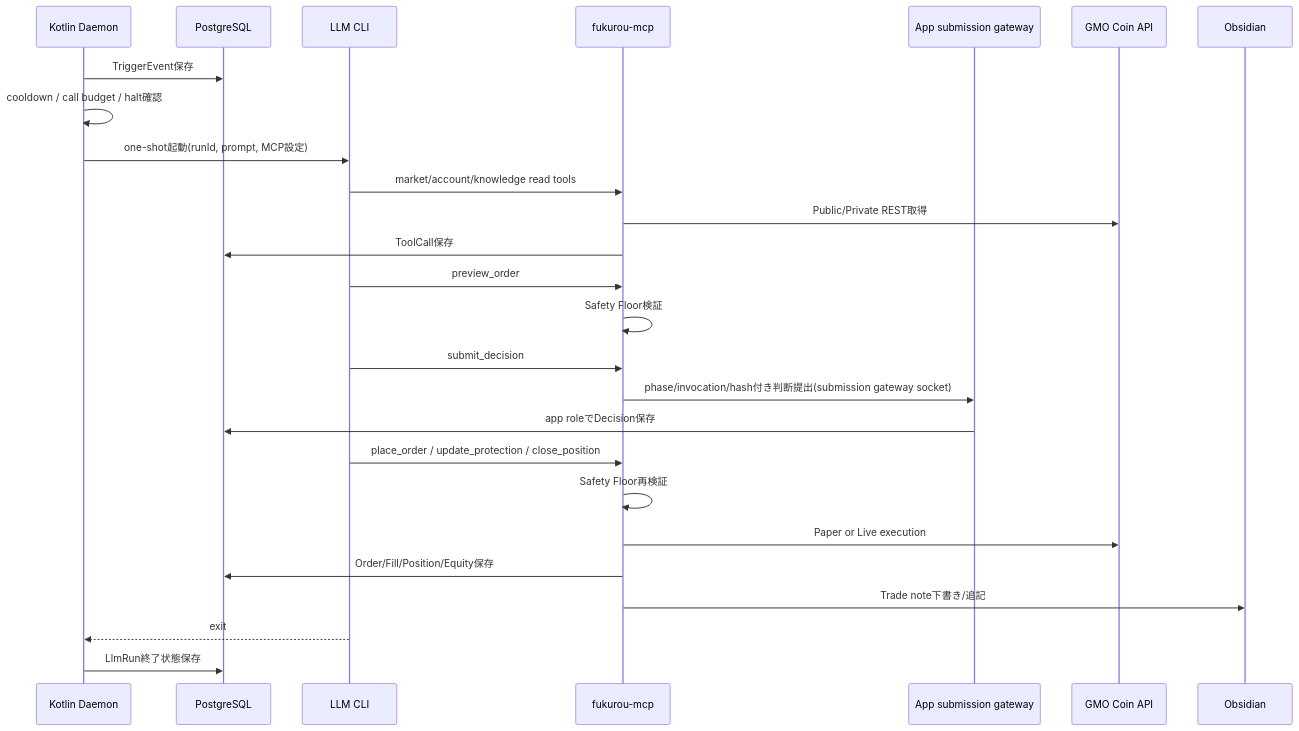
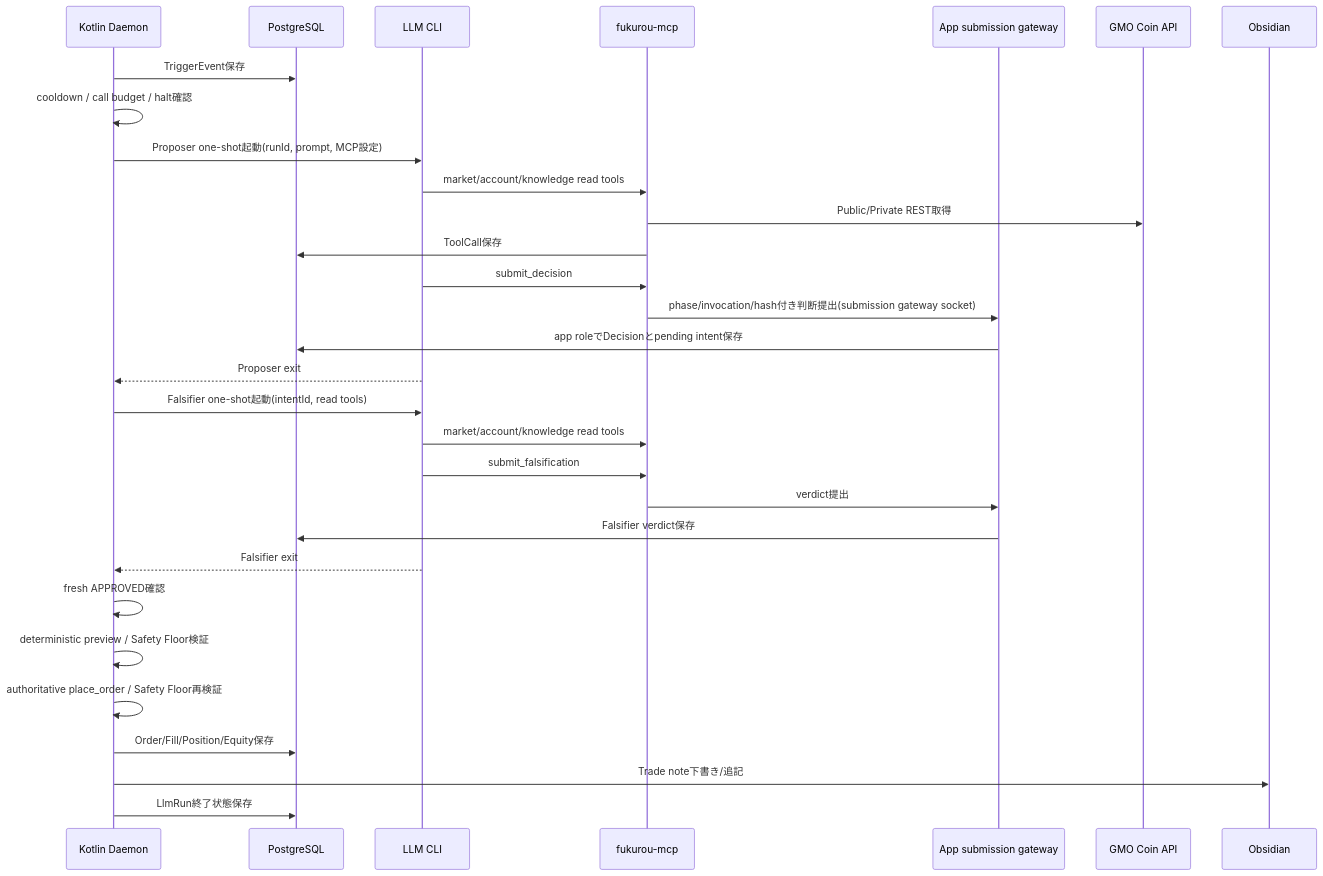
Before and after one commit to matsumo0922/fukurou: the second of 2 diagrams in docs/design.md, drawn with Mermaid. The commit also changed other lines of this file and 13 other files, not shown here.

First line of the commit message:
fix: remove falsifier preview cycle (#338)

````diff
--- a/docs/design.md
+++ b/docs/design.md
@@ -167,29 +167,33 @@
 ```mermaid
 sequenceDiagram
     participant D as Kotlin Daemon
     participant DB as PostgreSQL
     participant CLI as LLM CLI
     participant MCP as fukurou-mcp
     participant APP as App submission gateway
     participant GMO as GMO Coin API
     participant OBS as Obsidian
 
     D->>DB: TriggerEvent保存
     D->>D: cooldown / call budget / halt確認
-    D->>CLI: one-shot起動(runId, prompt, MCP設定)
+    D->>CLI: Proposer one-shot起動(runId, prompt, MCP設定)
     CLI->>MCP: market/account/knowledge read tools
     MCP->>GMO: Public/Private REST取得
     MCP->>DB: ToolCall保存
-    CLI->>MCP: preview_order
-    MCP->>MCP: Safety Floor検証
     CLI->>MCP: submit_decision
     MCP->>APP: phase/invocation/hash付き判断提出(submission gateway socket)
-    APP->>DB: app roleでDecision保存
-    CLI->>MCP: place_order / update_protection / close_position
-    MCP->>MCP: Safety Floor再検証
-    MCP->>GMO: Paper or Live execution
-    MCP->>DB: Order/Fill/Position/Equity保存
-    MCP->>OBS: Trade note下書き/追記
-    CLI-->>D: exit
+    APP->>DB: app roleでDecisionとpending intent保存
+    CLI-->>D: Proposer exit
+    D->>CLI: Falsifier one-shot起動(intentId, read tools)
+    CLI->>MCP: market/account/knowledge read tools
+    CLI->>MCP: submit_falsification
+    MCP->>APP: verdict提出
+    APP->>DB: Falsifier verdict保存
+    CLI-->>D: Falsifier exit
+    D->>D: fresh APPROVED確認
+    D->>D: deterministic preview / Safety Floor検証
+    D->>D: authoritative place_order / Safety Floor再検証
+    D->>DB: Order/Fill/Position/Equity保存
+    D->>OBS: Trade note下書き/追記
     D->>DB: LlmRun終了状態保存
 ```
````
